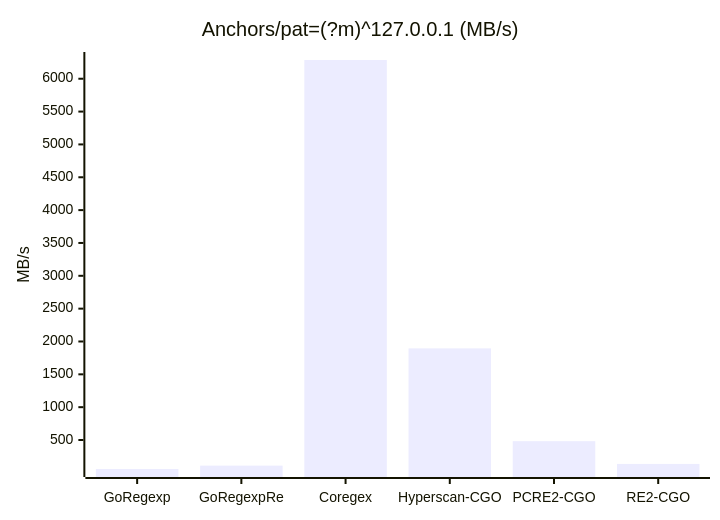
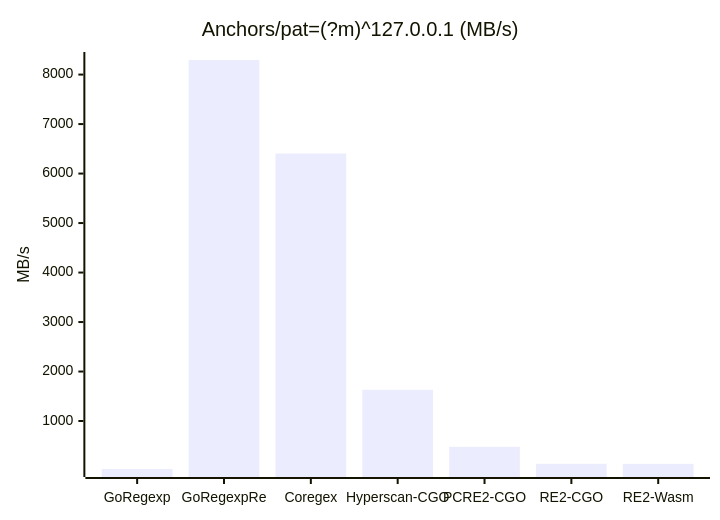
The second of 47 diagrams in _benchmark_results/cgo_engines.md (kamichidu/go-regexp-re), drawn with Mermaid before and after one commit. The commit also changed other lines of this file and 1 other file, not shown here.

````diff
--- a/_benchmark_results/cgo_engines.md
+++ b/_benchmark_results/cgo_engines.md
@@ -115,7 +115,7 @@
 ```mermaid
 xychart-beta
     title "Anchors/pat=(?m)^127.0.0.1 (MB/s)"
-    x-axis ["GoRegexp", "GoRegexpRe", "Coregex", "Hyperscan-CGO", "PCRE2-CGO", "RE2-CGO"]
+    x-axis ["GoRegexp", "GoRegexpRe", "Coregex", "Hyperscan-CGO", "PCRE2-CGO", "RE2-CGO", "RE2-Wasm"]
     y-axis "MB/s"
-    bar [58.90, 109.95, 6285.16, 1895.21, 482.17, 136.16]
+    bar [30.66, 8294.73, 6405.10, 1632.27, 478.37, 135.49, 133.97]
 ```
````
